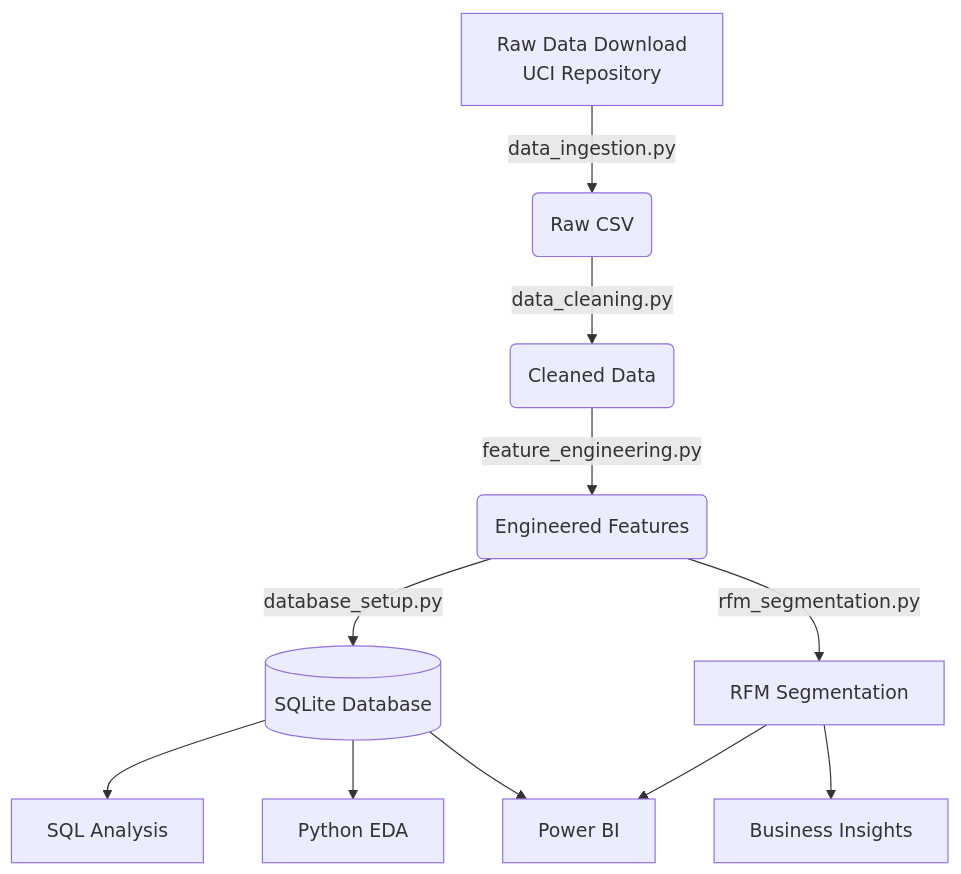
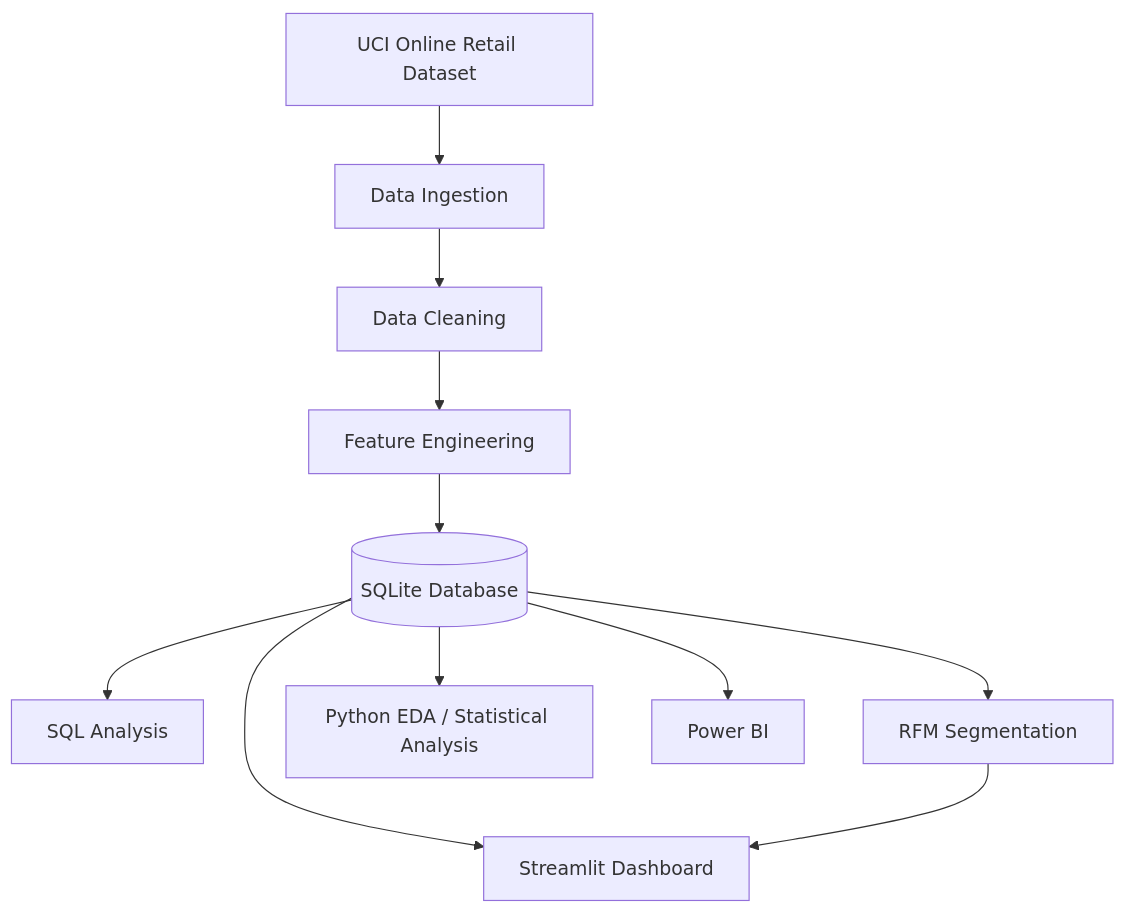
One commit to ShubhamSKKumar/ecommerce-customer-analytics changed the diagram in README.md. Above: the diagram before and after it, drawn with Mermaid. The commit also changed other lines of this file and 13 other files, not shown here.

````diff
--- a/README.md
+++ b/README.md
@@ -37,13 +23,13 @@
 ```mermaid
 graph TD
-    A[Raw Data Download <br> UCI Repository] -->|data_ingestion.py| B(Raw CSV)
-    B -->|data_cleaning.py| C(Cleaned Data)
-    C -->|feature_engineering.py| D(Engineered Features)
-    D -->|database_setup.py| E[(SQLite Database)]
+    A[UCI Online Retail Dataset] --> B[Data Ingestion]
+    B --> C[Data Cleaning]
+    C --> D[Feature Engineering]
+    D --> E[(SQLite Database)]
     E --> F[SQL Analysis]
-    E --> G[Python EDA]
-    E --> H[Power BI]
-    D -->|rfm_segmentation.py| I[RFM Segmentation]
-    I --> H
-    I --> J[Business Insights]
+    E --> G[RFM Segmentation]
+    E --> H[Streamlit Dashboard]
+    G --> H
+    E --> I[Python EDA / Statistical Analysis]
+    E --> J[Power BI]
 ```
````
